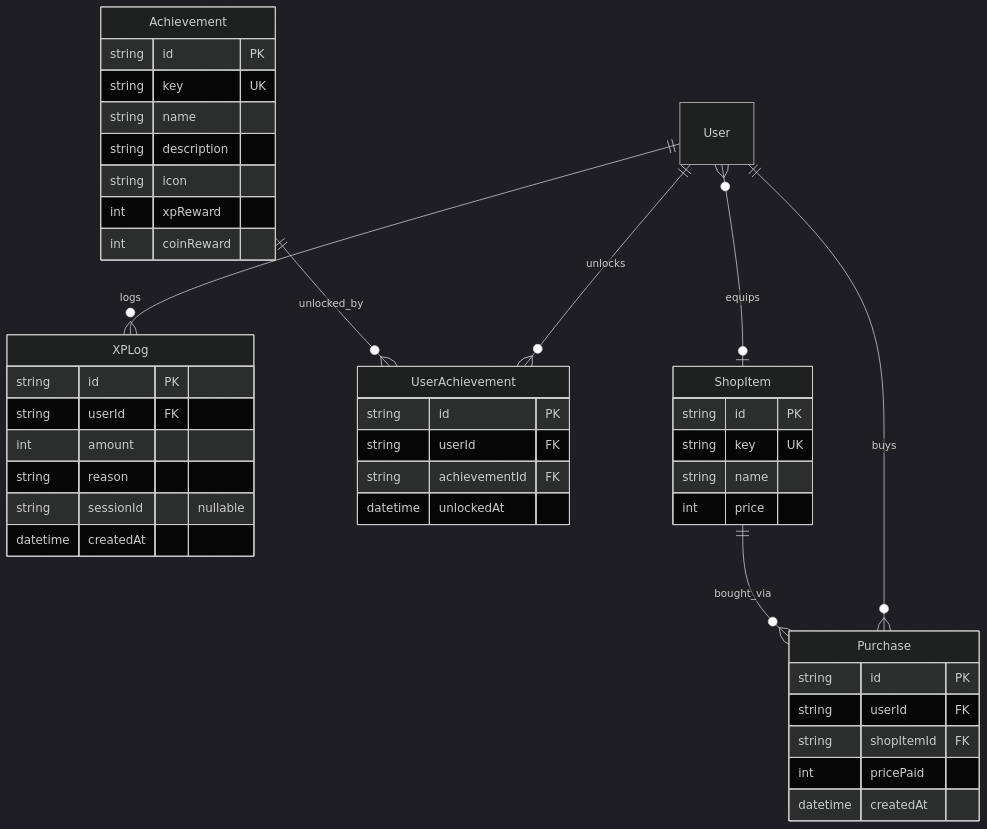
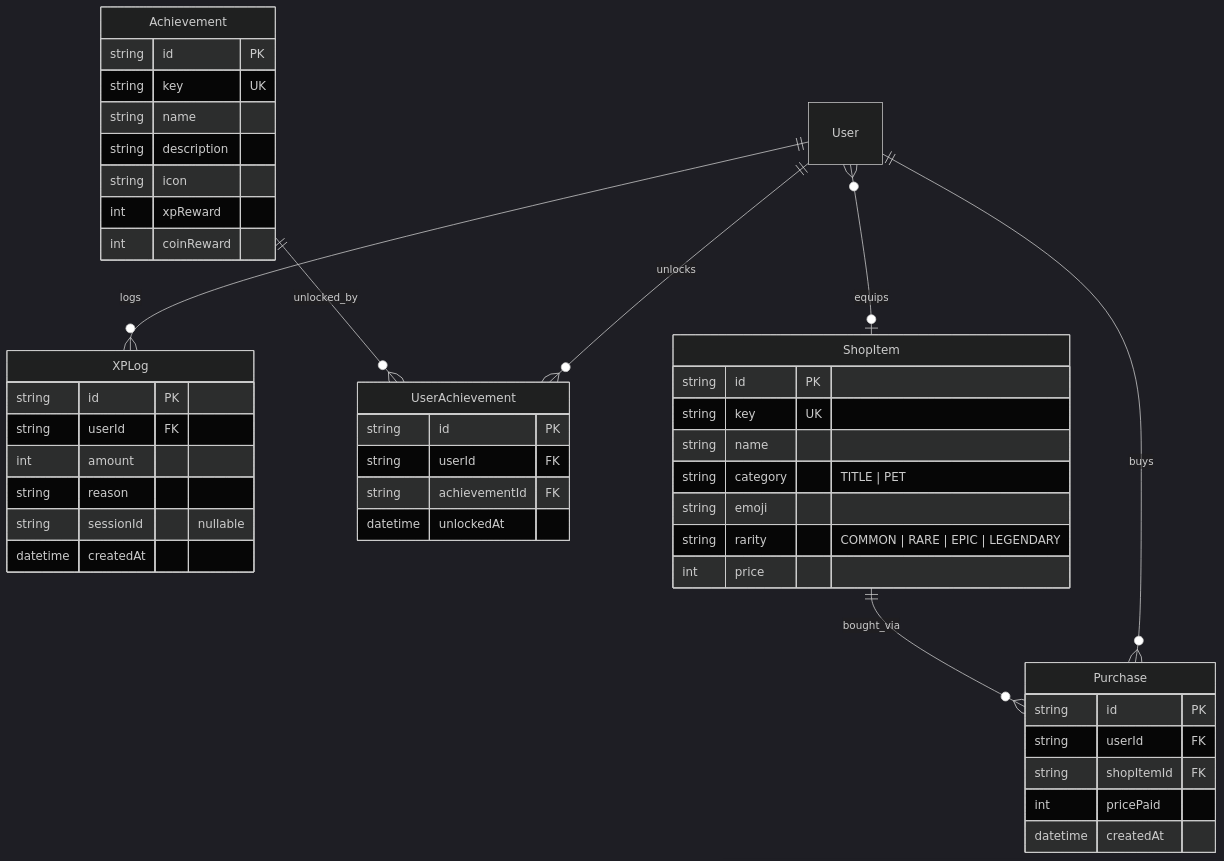
One commit to kartikeyaedit-boop/ascent-sat-platform changed the second of 2 diagrams in docs/database-schema.md. Above: the diagram before and after it, drawn with Mermaid (dark theme). The commit also changed other lines of this file and 16 other files, not shown here.

First line of the commit message:
Overhaul the store: pet category, emoji images, rarity tiers, visible equips

````diff
--- a/docs/database-schema.md
+++ b/docs/database-schema.md
@@ -63,46 +63,49 @@
 ```mermaid
 erDiagram
     User ||--o{ XPLog : logs
     User ||--o{ UserAchievement : unlocks
     Achievement ||--o{ UserAchievement : unlocked_by
     User ||--o{ Purchase : buys
     ShopItem ||--o{ Purchase : bought_via
     User }o--o| ShopItem : equips
 
     XPLog {
         string id PK
         string userId FK
         int amount
         string reason
         string sessionId "nullable"
         datetime createdAt
     }
     Achievement {
         string id PK
         string key UK
         string name
         string description
         string icon
         int xpReward
         int coinReward
     }
     UserAchievement {
         string id PK
         string userId FK
         string achievementId FK
         datetime unlockedAt
     }
     ShopItem {
         string id PK
         string key UK
         string name
+        string category "TITLE | PET"
+        string emoji
+        string rarity "COMMON | RARE | EPIC | LEGENDARY"
         int price
     }
     Purchase {
         string id PK
         string userId FK
         string shopItemId FK
         int pricePaid
         datetime createdAt
     }
 ```
````
